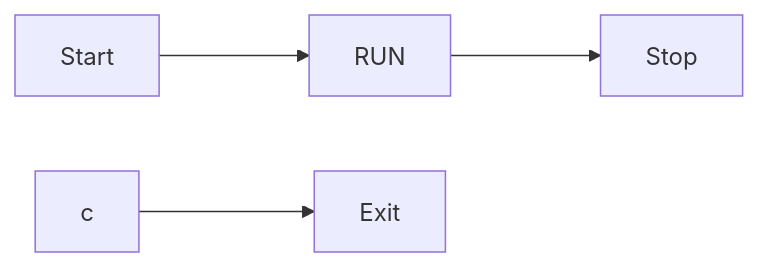
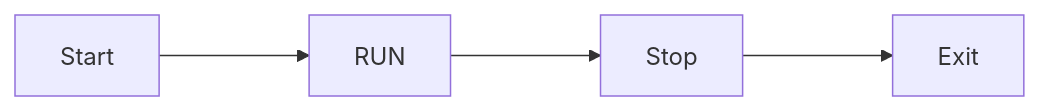
One commit to suvendumondal4125/Java-Journey changed the second of 2 diagrams in notes/spring.md. Above: the diagram before and after it, drawn with Mermaid.

Commit message:
Day 2 Notes

````diff
--- a/notes/spring.md
+++ b/notes/spring.md
@@ -37,6 +37,6 @@
 ```mermaid
 flowchart LR
     A[Start] ---> B[RUN]
     B ---> C[Stop]
-    c ---> D[Exit]
+    C ---> D[Exit]
 ```
````
